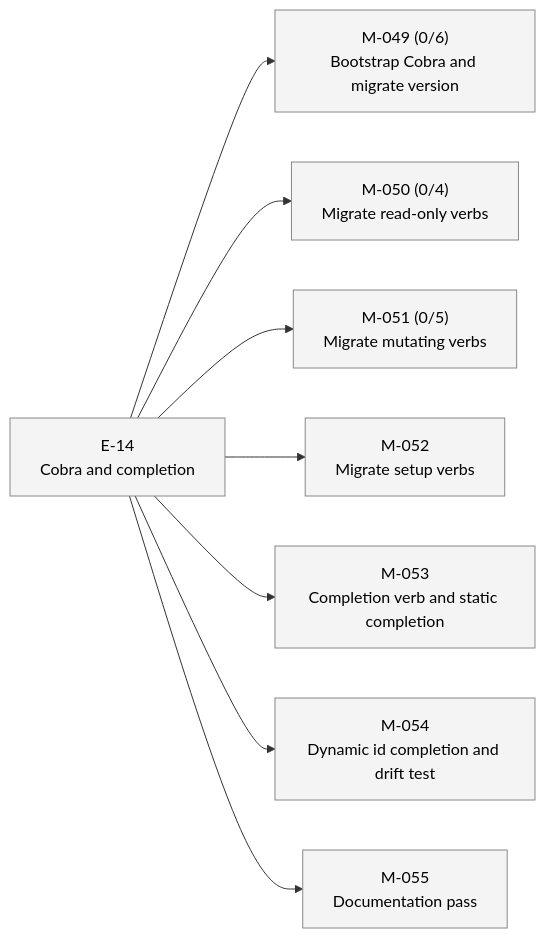
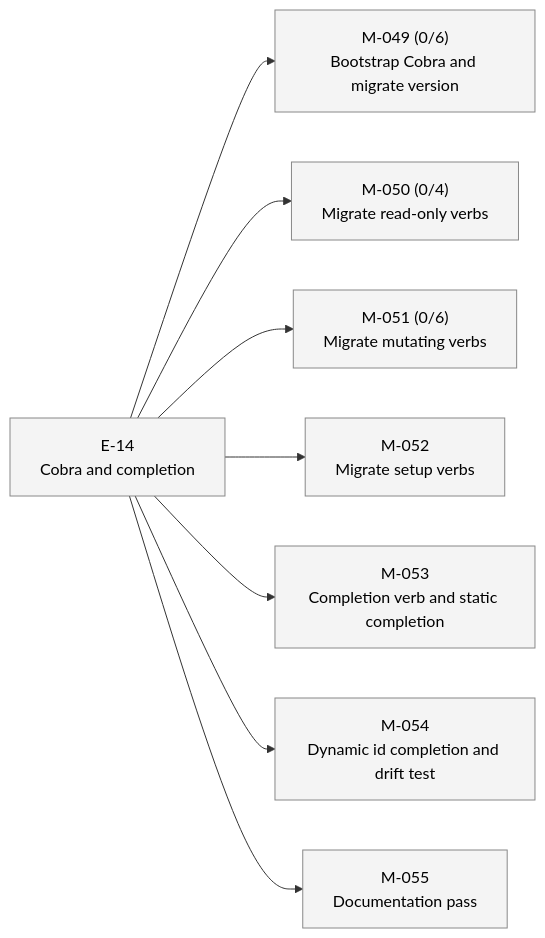
Before and after one commit to 23min/aiwf: the second of 2 diagrams in STATUS.md, drawn with Mermaid. The commit also changed other lines of this file and 1 other file, not shown here.

First line of the commit message:
aiwf add ac M-051/AC-6 "Subprocess integration tests pass for all six mutating verbs"

````diff
--- a/STATUS.md
+++ b/STATUS.md
@@ -38,24 +38,24 @@
 ```mermaid
 flowchart LR
   E_14["E-14<br/>Cobra and completion"]:::epic_proposed
   M_049["M-049 (0/6)<br/>Bootstrap Cobra and migrate version"]:::ms_draft
   E_14 --> M_049
   M_050["M-050 (0/4)<br/>Migrate read-only verbs"]:::ms_draft
   E_14 --> M_050
-  M_051["M-051 (0/5)<br/>Migrate mutating verbs"]:::ms_draft
+  M_051["M-051 (0/6)<br/>Migrate mutating verbs"]:::ms_draft
   E_14 --> M_051
   M_052["M-052<br/>Migrate setup verbs"]:::ms_draft
   E_14 --> M_052
   M_053["M-053<br/>Completion verb and static completion"]:::ms_draft
   E_14 --> M_053
   M_054["M-054<br/>Dynamic id completion and drift test"]:::ms_draft
   E_14 --> M_054
   M_055["M-055<br/>Documentation pass"]:::ms_draft
   E_14 --> M_055
   classDef epic_active fill:#d6eaff,stroke:#1a73e8,color:#000
   classDef epic_proposed fill:#f4f4f4,stroke:#888,color:#000
   classDef ms_done fill:#d8f5d8,stroke:#2a8a2a,color:#000
   classDef ms_in_progress fill:#fff3c4,stroke:#caa400,color:#000
   classDef ms_draft fill:#f4f4f4,stroke:#888,color:#000
   classDef ms_cancelled fill:#fbeaea,stroke:#c33,color:#000
 ```
````
